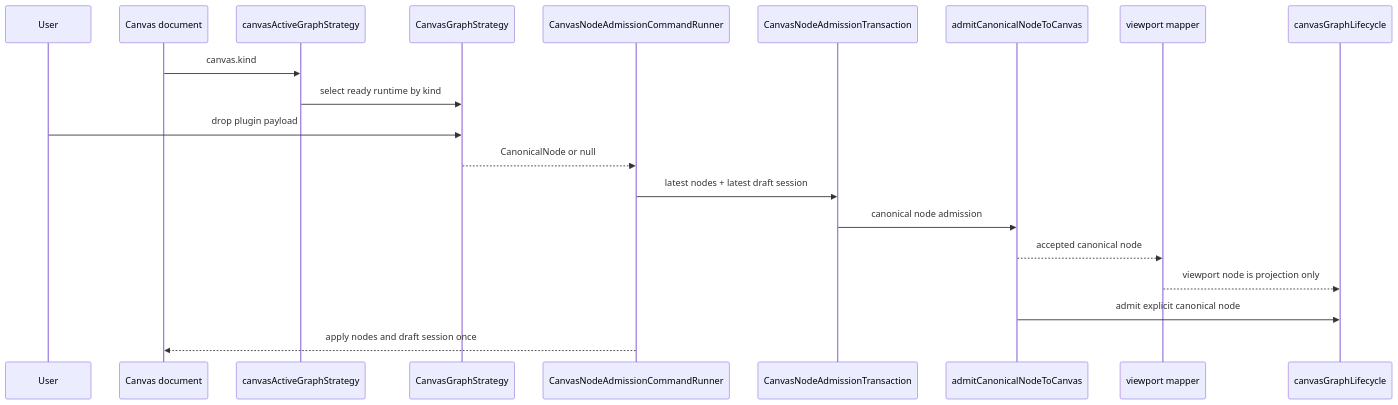
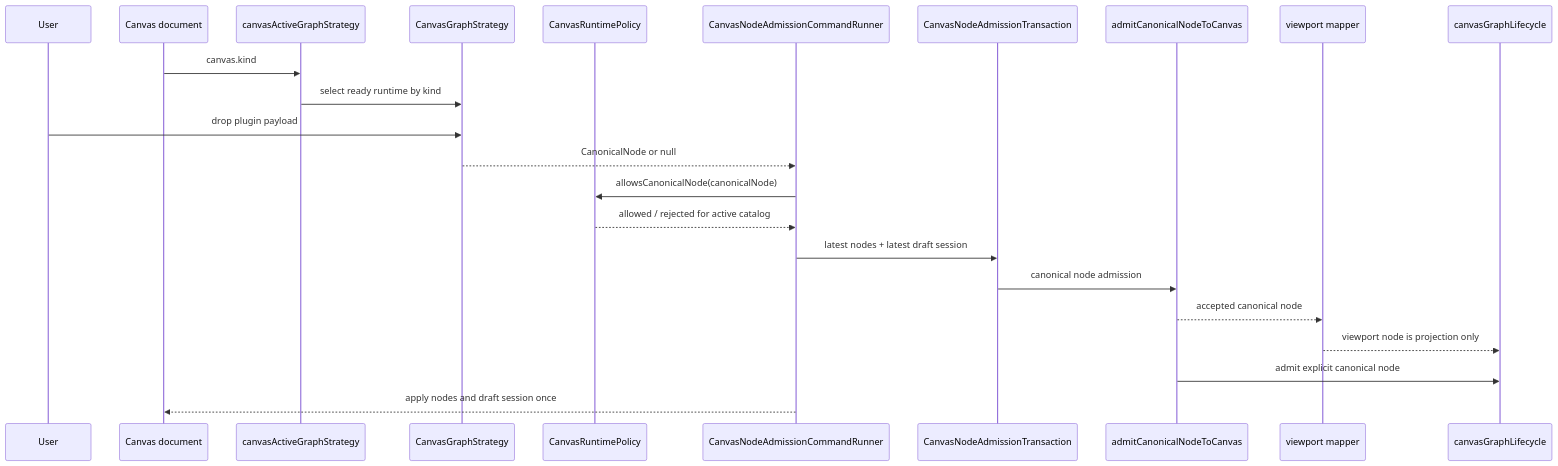
One commit to dunay2/dvt changed the seventh of 7 diagrams in docs/architecture/components/web/graph/graph-frontend-architecture.md. Above: the diagram before and after it, drawn with Mermaid. The commit also changed other lines of this file and 25 other files, not shown here.

Commit message:
fix(web): Route Canvas commands through runtime policy

````diff
--- a/docs/architecture/components/web/graph/graph-frontend-architecture.md
+++ b/docs/architecture/components/web/graph/graph-frontend-architecture.md
@@ -259,23 +328,26 @@
 ```mermaid
 sequenceDiagram
   participant User
   participant Canvas as Canvas document
   participant Resolver as canvasActiveGraphStrategy
   participant Strategy as CanvasGraphStrategy
+  participant Policy as CanvasRuntimePolicy
   participant Runner as CanvasNodeAdmissionCommandRunner
   participant Tx as CanvasNodeAdmissionTransaction
   participant Admission as admitCanonicalNodeToCanvas
   participant Mapper as viewport mapper
   participant Lifecycle as canvasGraphLifecycle
 
   Canvas->>Resolver: canvas.kind
   Resolver->>Strategy: select ready runtime by kind
   User->>Strategy: drop plugin payload
   Strategy-->>Runner: CanonicalNode or null
+  Runner->>Policy: allowsCanonicalNode(canonicalNode)
+  Policy-->>Runner: allowed / rejected for active catalog
   Runner->>Tx: latest nodes + latest draft session
   Tx->>Admission: canonical node admission
   Admission-->>Mapper: accepted canonical node
   Mapper-->>Lifecycle: viewport node is projection only
   Admission->>Lifecycle: admit explicit canonical node
   Runner-->>Canvas: apply nodes and draft session once
 ```
````
